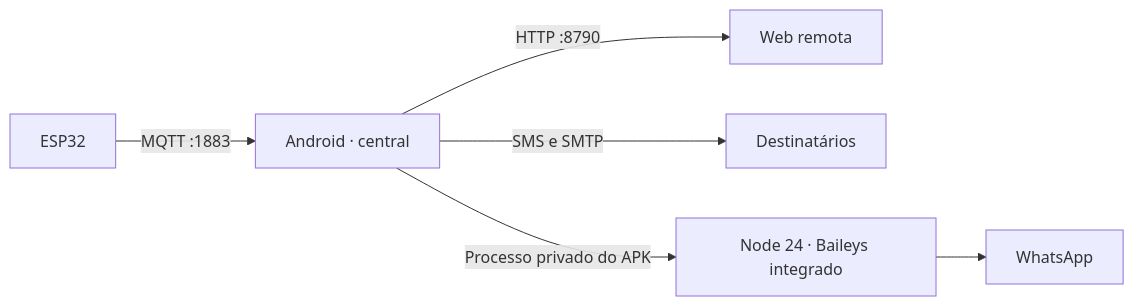
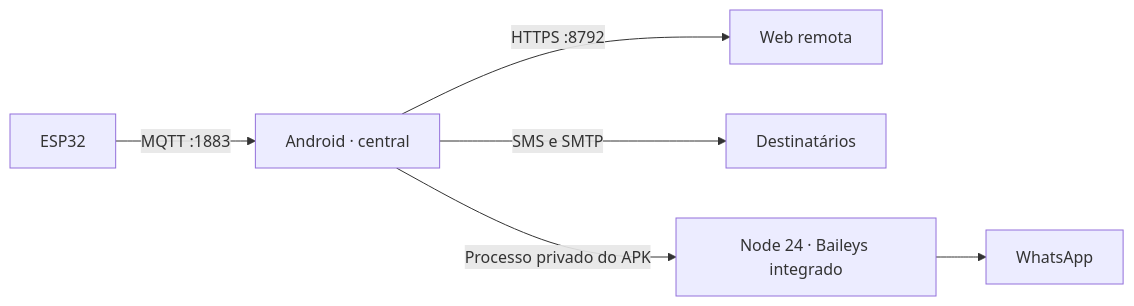
Before and after one commit to ThHSzR/winterhold: the diagram in README.md, drawn with Mermaid. The commit also changed other lines of this file and 8 other files, not shown here.

````diff
--- a/README.md
+++ b/README.md
@@ -7,8 +7,8 @@
 ```mermaid
 flowchart LR
     ESP[ESP32] -->|MQTT :1883| APK[Android · central]
-    APK -->|HTTP :8790| WEB[Web remota]
+    APK -->|HTTPS :8792| WEB[Web remota]
     APK -->|SMS e SMTP| DEST[Destinatários]
     APK -->|Processo privado do APK| NODE[Node 24 · Baileys integrado]
     NODE --> WA[WhatsApp]
 ```
````
